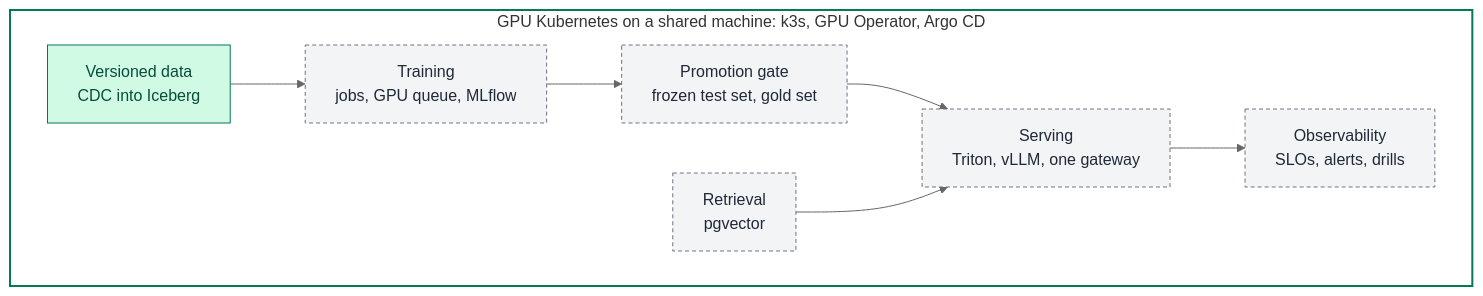
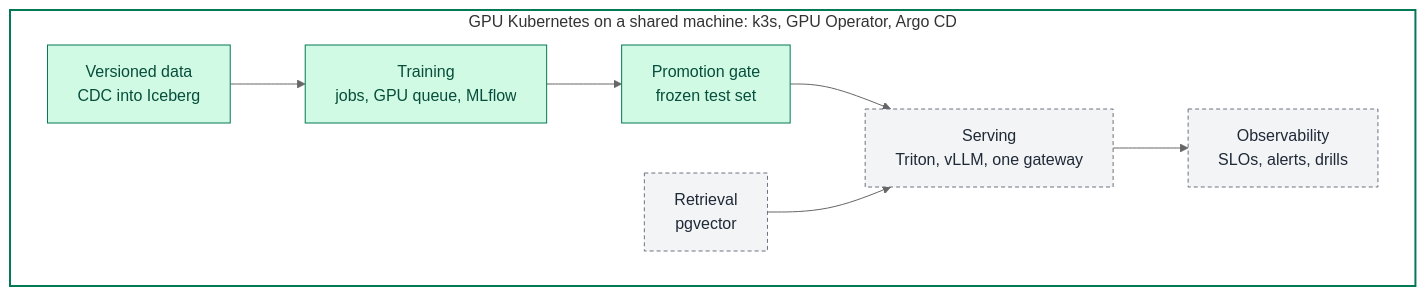
Before and after one commit to caokgit/ocr-platform: the first of 5 diagrams in README.md, drawn with Mermaid (neutral theme). The commit also changed other lines of this file and 47 other files, not shown here.

Commit message:
The training platform (phase 2b): one argo submit trains the detector, Kueue queues the GPU, MLflow tracks and registers, a promotion gate with a measured margin; T2 done for the detector, T7 and T8 half done, T1 not met as written (#11)

````diff
--- a/README.md
+++ b/README.md
@@ -6,17 +6,17 @@
 ```mermaid
 flowchart LR
   subgraph base["GPU Kubernetes on a shared machine: k3s, GPU Operator, Argo CD"]
     direction LR
     data["Versioned data<br/>CDC into Iceberg"]:::built
-    train["Training<br/>jobs, GPU queue, MLflow"]:::planned
-    gate["Promotion gate<br/>frozen test set, gold set"]:::planned
+    train["Training<br/>jobs, GPU queue, MLflow"]:::built
+    gate["Promotion gate<br/>frozen test set"]:::built
     serve["Serving<br/>Triton, vLLM, one gateway"]:::planned
     rag["Retrieval<br/>pgvector"]:::planned
     obs["Observability<br/>SLOs, alerts, drills"]:::planned
     data --> train --> gate --> serve --> obs
     rag --> serve
   end
   classDef built fill:#d1fae5,stroke:#047857,color:#064e3b
   classDef planned fill:#f3f4f6,stroke:#6b7280,color:#1f2937,stroke-dasharray:4 3
   style base fill:none,stroke:#047857,stroke-width:2px
 ```
````
